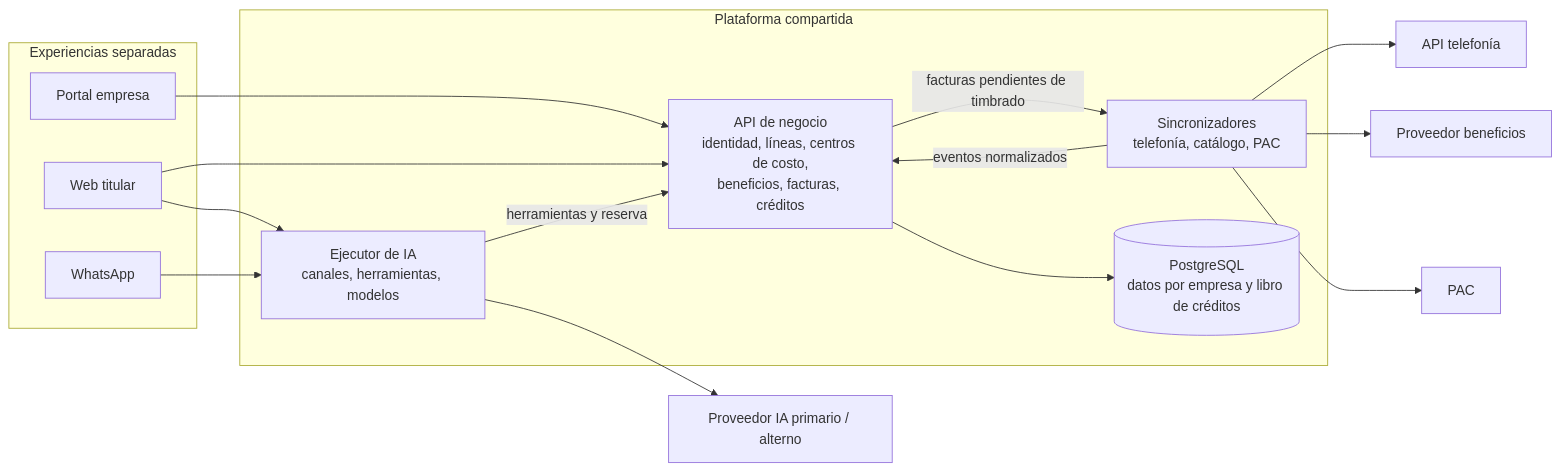
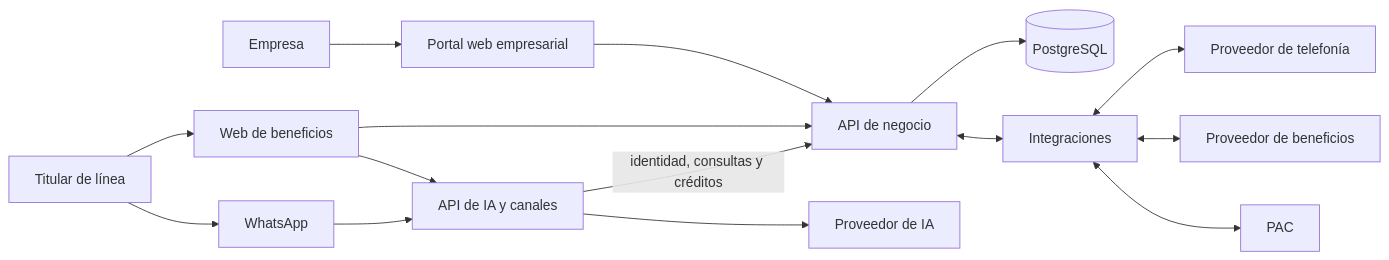
One commit to rflorsree/gege changed the first of 3 diagrams in README.md. Above: the diagram before and after it, drawn with Mermaid. The commit also changed other lines of this file and 2 other files, not shown here.

Commit message:
Separar diagramas de usuario y flujo gerencial

````diff
--- a/README.md
+++ b/README.md
@@ -25,26 +27,17 @@
 ```mermaid
 flowchart LR
-  subgraph Canales[Experiencias separadas]
-    Portal[Portal empresa]
-    Web[Web titular]
-    WA[WhatsApp]
-  end
-  subgraph Plataforma[Plataforma compartida]
-    API[API de negocio<br/>identidad, líneas, centros de costo,<br/>beneficios, facturas, créditos]
-    IA[Ejecutor de IA<br/>canales, herramientas, modelos]
-    Sync[Sincronizadores<br/>telefonía, catálogo, PAC]
-    DB[(PostgreSQL<br/>datos por empresa y libro de créditos)]
-  end
-  Portal --> API
+  Empresa[Empresa] --> Portal[Portal web empresarial]
+  Titular[Titular de línea] --> Web[Web de beneficios]
+  Titular --> WA[WhatsApp]
+  Portal --> API[API de negocio]
   Web --> API
-  Web --> IA
+  Web --> IA[API de IA y canales]
   WA --> IA
-  IA -->|herramientas y reserva| API
-  Sync -->|eventos normalizados| API
-  API -->|facturas pendientes de timbrado| Sync
-  API --> DB
-  IA --> Modelos[Proveedor IA primario / alterno]
-  Sync --> Tel[API telefonía]
-  Sync --> Catalogo[Proveedor beneficios]
-  Sync --> PAC[PAC]
+  IA -->|identidad, consultas y créditos| API
+  API --> DB[(PostgreSQL)]
+  IA --> Modelo[Proveedor de IA]
+  API <--> Sync[Integraciones]
+  Sync <--> Tel[Proveedor de telefonía]
+  Sync <--> Catalogo[Proveedor de beneficios]
+  Sync <--> PAC[PAC]
 ```
````
